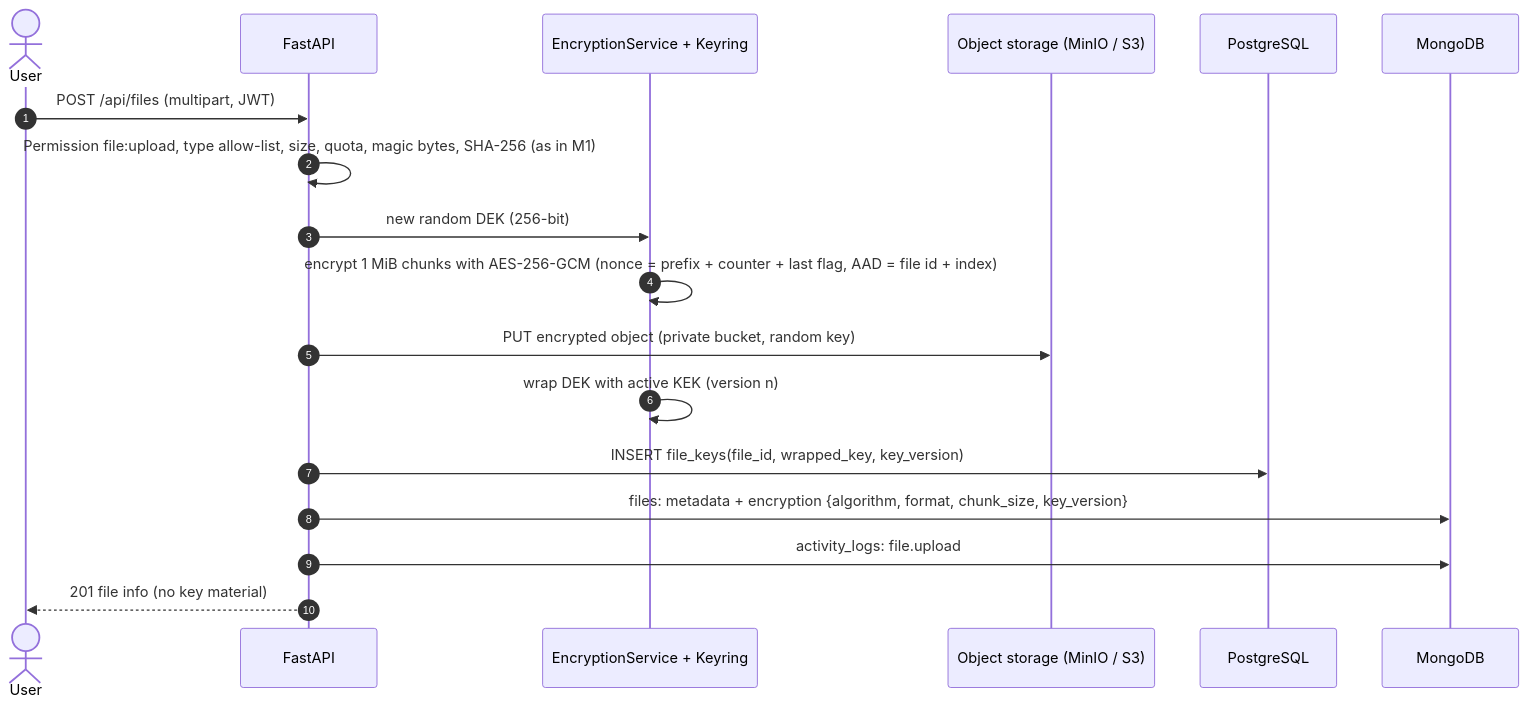
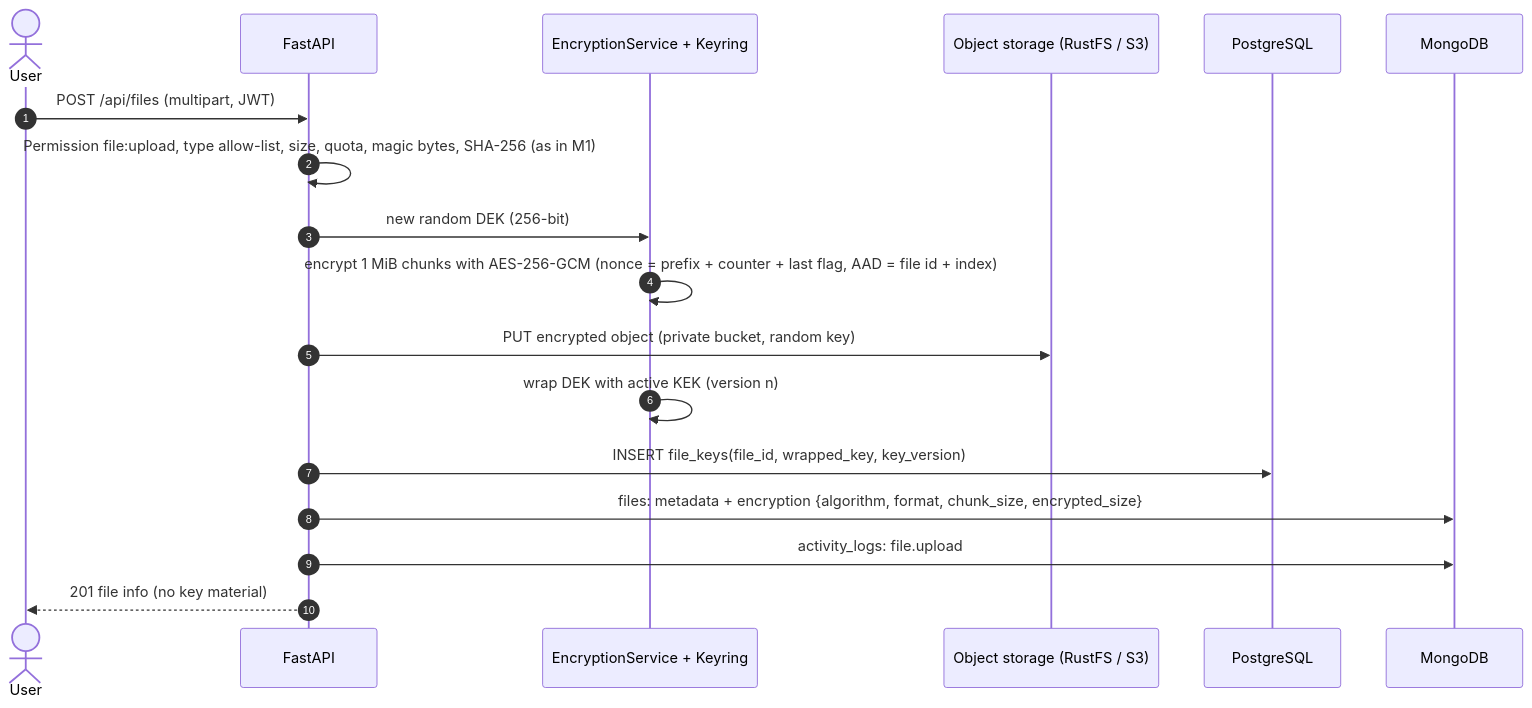
One commit to Vimaladharsan/TrustShare-Encrypted-File-Sharing-Collaboration-Platform changed the eighth of 10 diagrams in docs/architecture.md. Above: the diagram before and after it, drawn with Mermaid. The commit also changed other lines of this file and 28 other files, not shown here.

Commit message:
feat: store files encrypted in s3-compatible storage

````diff
--- a/docs/architecture.md
+++ b/docs/architecture.md
@@ -355,21 +355,21 @@
 ```mermaid
 sequenceDiagram
     autonumber
     actor U as User
     participant API as FastAPI
     participant ENC as EncryptionService + Keyring
-    participant S3 as Object storage (MinIO / S3)
+    participant S3 as Object storage (RustFS / S3)
     participant PG as PostgreSQL
     participant MO as MongoDB
 
     U->>API: POST /api/files (multipart, JWT)
     API->>API: Permission file:upload, type allow-list, size, quota, magic bytes, SHA-256 (as in M1)
     API->>ENC: new random DEK (256-bit)
     ENC->>ENC: encrypt 1 MiB chunks with AES-256-GCM (nonce = prefix + counter + last flag, AAD = file id + index)
     API->>S3: PUT encrypted object (private bucket, random key)
     ENC->>ENC: wrap DEK with active KEK (version n)
     API->>PG: INSERT file_keys(file_id, wrapped_key, key_version)
-    API->>MO: files: metadata + encryption {algorithm, format, chunk_size, key_version}
+    API->>MO: files: metadata + encryption {algorithm, format, chunk_size, encrypted_size}
     API->>MO: activity_logs: file.upload
     API-->>U: 201 file info (no key material)
 ```
````
